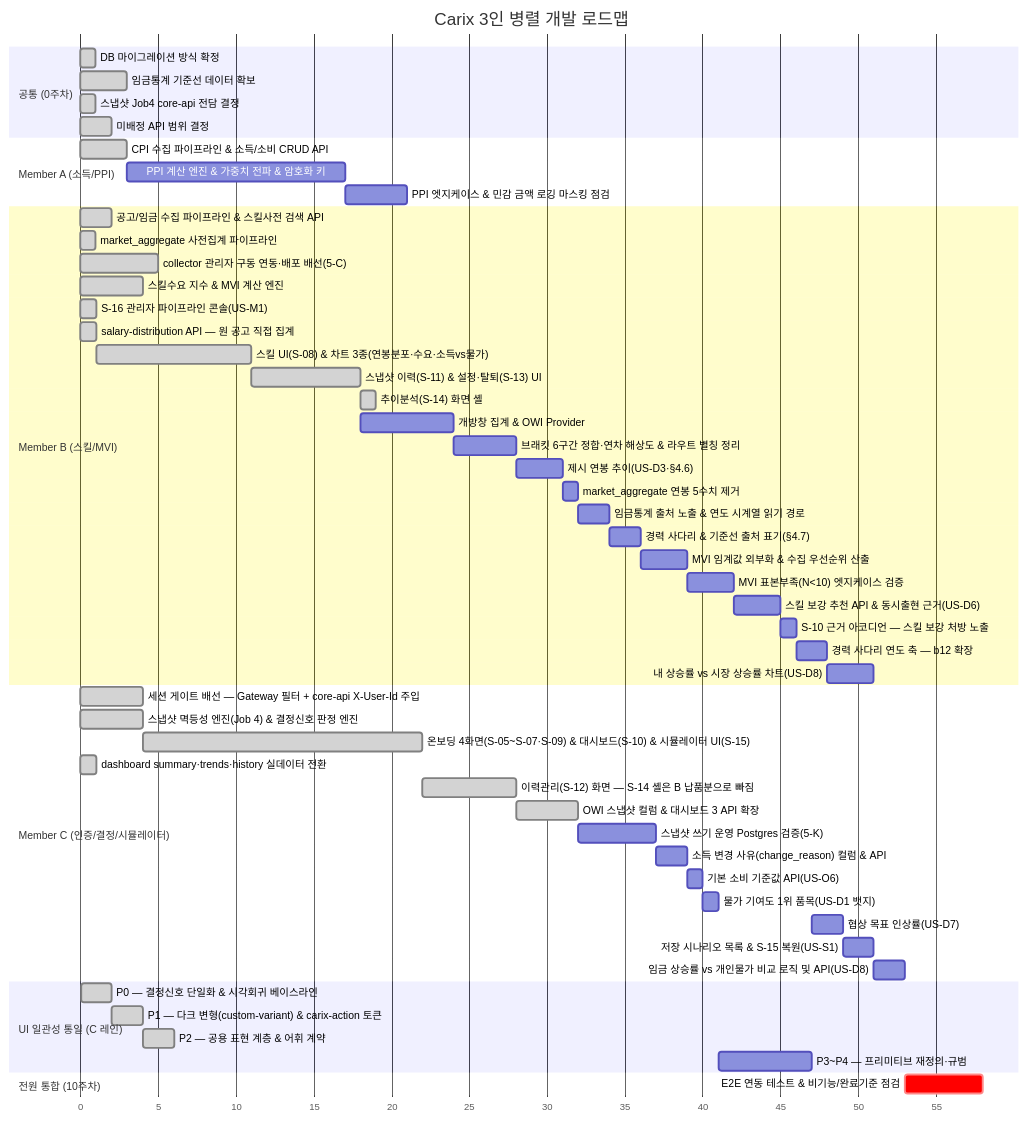
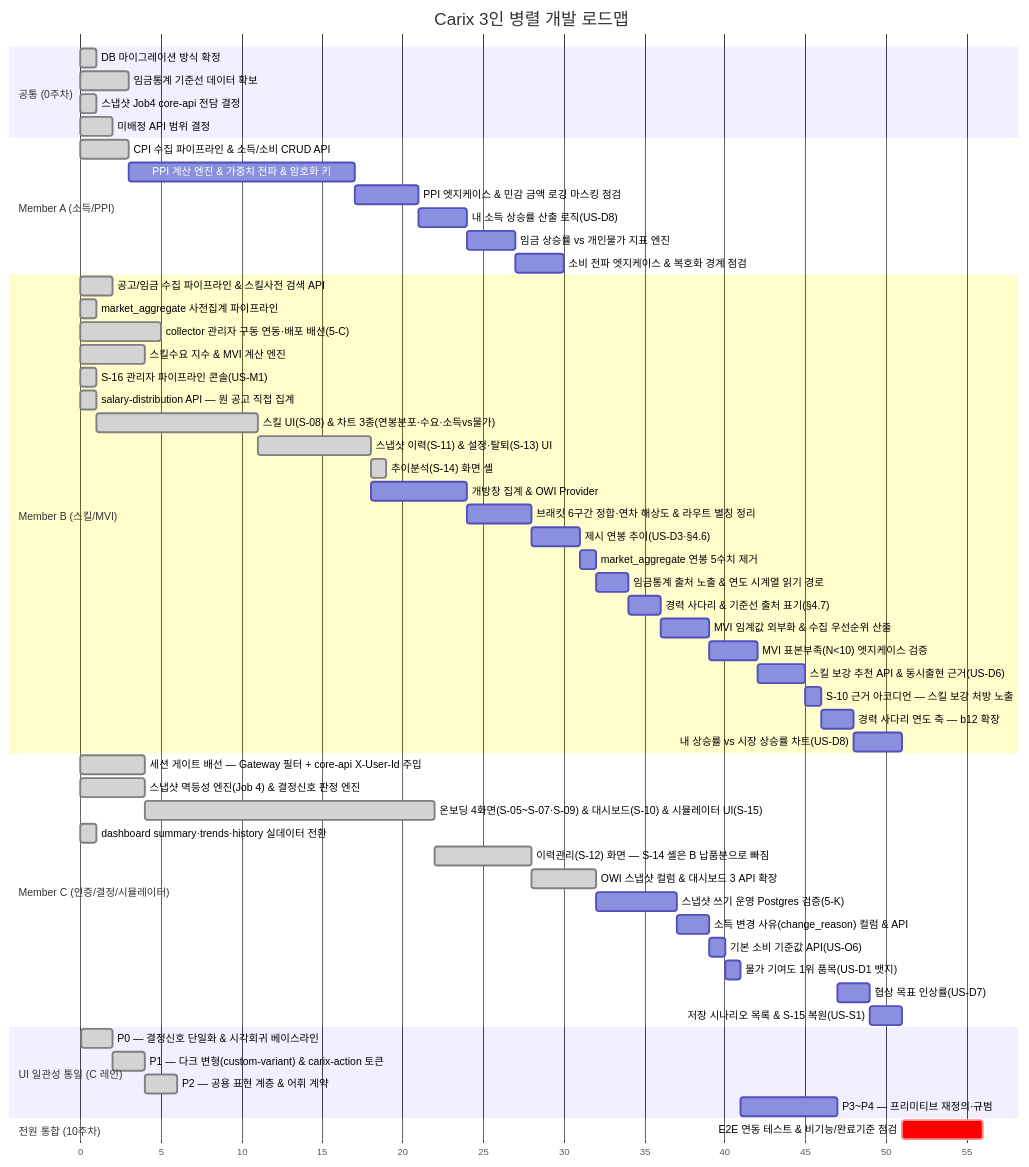
The first of 2 diagrams in docs/plans/carix-dev-plan.md (SeoHyeokGyu/Carix), drawn with Mermaid before and after one commit. The commit also changed other lines of this file and 1 other file, not shown here.

````diff
--- a/docs/plans/carix-dev-plan.md
+++ b/docs/plans/carix-dev-plan.md
@@ -89,58 +88,60 @@
 ```mermaid
 gantt
     title Carix 3인 병렬 개발 로드맵
     dateFormat X
     axisFormat %s
     section 공통 (0주차)
     DB 마이그레이션 방식 확정 :done, c0a, 0, 1s
     임금통계 기준선 데이터 확보 :done, a0, 3, 3s
     스냅샷 Job4 core-api 전담 결정 :done, i0, 7, 1s
     미배정 API 범위 결정 :done, c0, 7, 2s
     section Member A (소득/PPI)
     CPI 수집 파이프라인 & 소득/소비 CRUD API :done, a1, 12, 3s
     PPI 계산 엔진 & 가중치 전파 & 암호화 키 :a2, after a1, 14s
     PPI 엣지케이스 & 민감 금액 로깅 마스킹 점검 :a7, after a2, 4s
+    내 소득 상승률 산출 로직(US-D8) :a9, after a7, 3s
+    임금 상승률 vs 개인물가 지표 엔진 :a10, after a9, 3s
+    소비 전파 엣지케이스 & 복호화 경계 점검 :a12, after a10, 3s
     section Member B (스킬/MVI)
     공고/임금 수집 파이프라인 & 스킬사전 검색 API :done, b1, 2, 2s
     market_aggregate 사전집계 파이프라인 :done, b2a, 3, 1s
     collector 관리자 구동 연동·배포 배선(5-C) :done, b0, 7, 5s
     스킬수요 지수 & MVI 계산 엔진 :done, b2, 8, 4s
     S-16 관리자 파이프라인 콘솔(US-M1) :done, b16, 14, 1s
     salary-distribution API — 원 공고 직접 집계 :done, b3a, 15, 1s
     스킬 UI(S-08) & 차트 3종(연봉분포·수요·소득vs물가) :done, b3, after b3a, 10s
     스냅샷 이력(S-11) & 설정·탈퇴(S-13) UI :done, b4, after b3, 7s
     추이분석(S-14) 화면 셸 :done, b4a, after b4, 1s
     개방창 집계 & OWI Provider :b6, after b4, 6s
     브래킷 6구간 정합·연차 해상도 & 라우트 별칭 정리 :b7, after b6, 4s
     제시 연봉 추이(US-D3·§4.6) :b10, after b7, 3s
     market_aggregate 연봉 5수치 제거 :b11, after b10, 1s
     임금통계 출처 노출 & 연도 시계열 읽기 경로 :b13, after b11, 2s
     경력 사다리 & 기준선 출처 표기(§4.7) :b12, after b13, 2s
     MVI 임계값 외부화 & 수집 우선순위 산출 :b8, after b12, 3s
     MVI 표본부족(N<10) 엣지케이스 검증 :b8a, after b8, 3s
     스킬 보강 추천 API & 동시출현 근거(US-D6) :b9, after b8a, 3s
     S-10 근거 아코디언 — 스킬 보강 처방 노출 :b15, after b9, 1s
     경력 사다리 연도 축 — b12 확장 :b14, after b15, 2s
     내 상승률 vs 시장 상승률 차트(US-D8) :b17, after b14, 3s
     section Member C (인증/결정/시뮬레이터)
     세션 게이트 배선 — Gateway 필터 + core-api X-User-Id 주입 :done, c0b, 7, 4s
     스냅샷 멱등성 엔진(Job 4) & 결정신호 판정 엔진 :done, c2, 8, 4s
     온보딩 4화면(S-05~S-07·S-09) & 대시보드(S-10) & 시뮬레이터 UI(S-15) :done, c3, after c2, 18s
     dashboard summary·trends·history 실데이터 전환 :done, c4a, 15, 1s
     이력관리(S-12) 화면 — S-14 셸은 B 납품분으로 빠짐 :done, c4, after c3, 6s
     OWI 스냅샷 컬럼 & 대시보드 3 API 확장 :done, c6, after c4, 4s
     스냅샷 쓰기 운영 Postgres 검증(5-K) :c5, after c6, 5s
     소득 변경 사유(change_reason) 컬럼 & API :c10, after c5, 2s
     기본 소비 기준값 API(US-O6) :c11, after c10, 1s
     물가 기여도 1위 품목(US-D1 뱃지) :c12, after c11, 1s
     협상 목표 인상률(US-D7) :c8, after ui3, 2s
     저장 시나리오 목록 & S-15 복원(US-S1) :c9, after c8, 2s
-    임금 상승률 vs 개인물가 비교 로직 및 API(US-D8) :c13, after c9, 2s
     section UI 일관성 통일 (C 레인)
     P0 — 결정신호 단일화 & 시각회귀 베이스라인 :done, ui0, 33, 2s
     P1 — 다크 변형(custom-variant) & carix-action 토큰 :done, ui1, after ui0, 2s
     P2 — 공용 표현 계층 & 어휘 계약 :done, ui2, after ui1, 2s
     P3~P4 — 프리미티브 재정의·규범 :ui3, after c12, 6s
     section 전원 통합 (10주차)
-    E2E 연동 테스트 & 비기능/완료기준 점검 :crit, e2e, after b17 c13, 5s
+    E2E 연동 테스트 & 비기능/완료기준 점검 :crit, e2e, after a12 b17 c9, 5s
 ```
````
